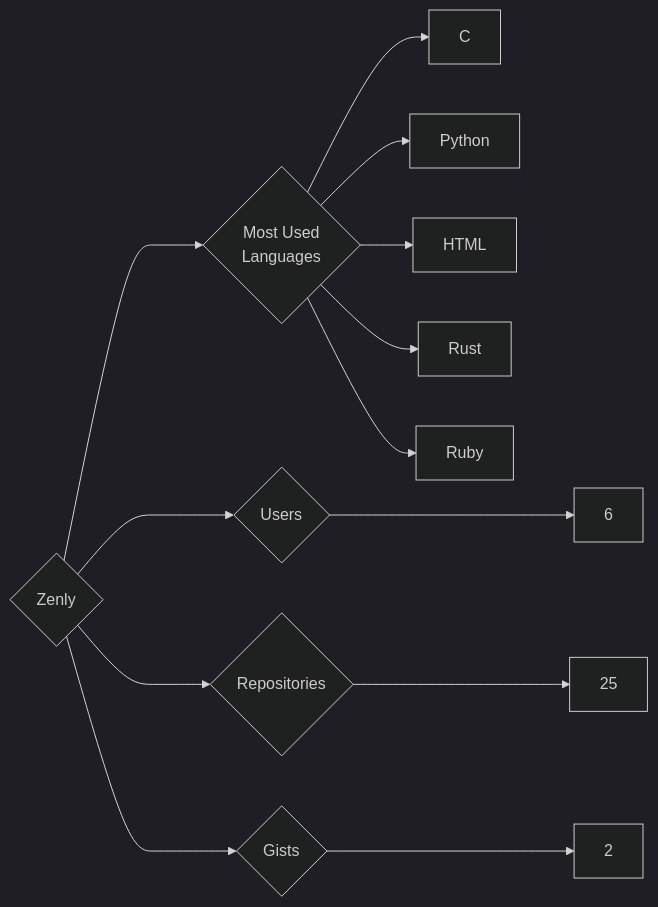
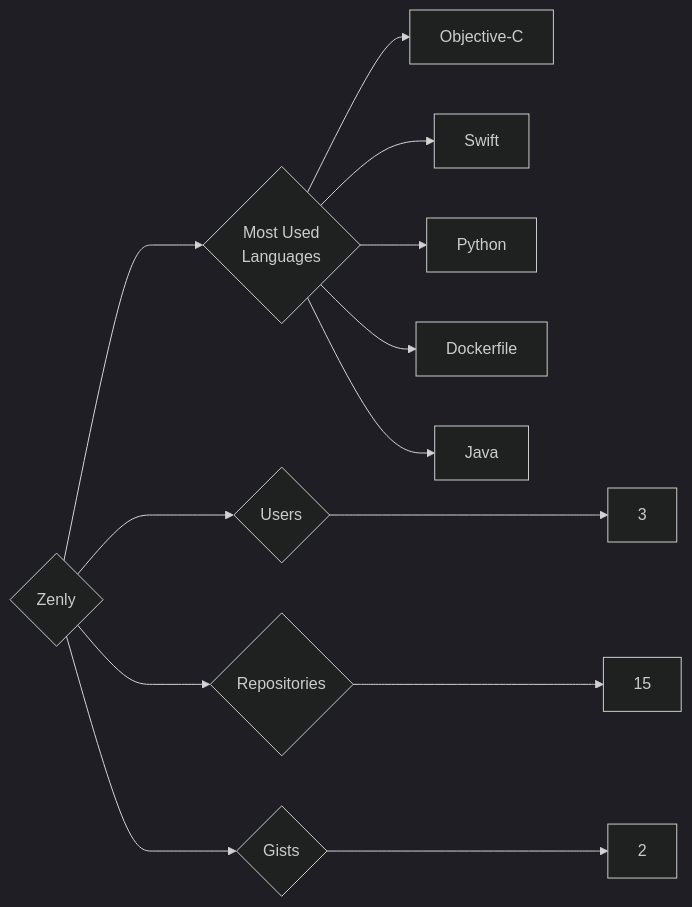
Before and after one commit to trickest/insiders: the diagram in targets/Zenly/README.md, drawn with Mermaid (dark theme). The commit also changed 582 other files, not shown here.

````diff
--- a/targets/Zenly/README.md
+++ b/targets/Zenly/README.md
@@ -3,13 +3,13 @@
 ```mermaid
 graph LR
 COMPANY_NAME{Zenly}
-COMPANY_NAME ---> U{Users} ---> UN[6]
-COMPANY_NAME ---> R{Repositories} ---> RN[25]
+COMPANY_NAME ---> U{Users} ---> UN[3]
+COMPANY_NAME ---> R{Repositories} ---> RN[15]
 COMPANY_NAME ---> G{Gists} ---> GN[2]
 COMPANY_NAME ---> ML{Most Used<br>Languages}
-ML --> C[C]
+ML --> Objective-C[Objective-C]
+ML --> Swift[Swift]
 ML --> Python[Python]
-ML --> HTML[HTML]
-ML --> Rust[Rust]
-ML --> Ruby[Ruby]
+ML --> Dockerfile[Dockerfile]
+ML --> Java[Java]
 ```
````
